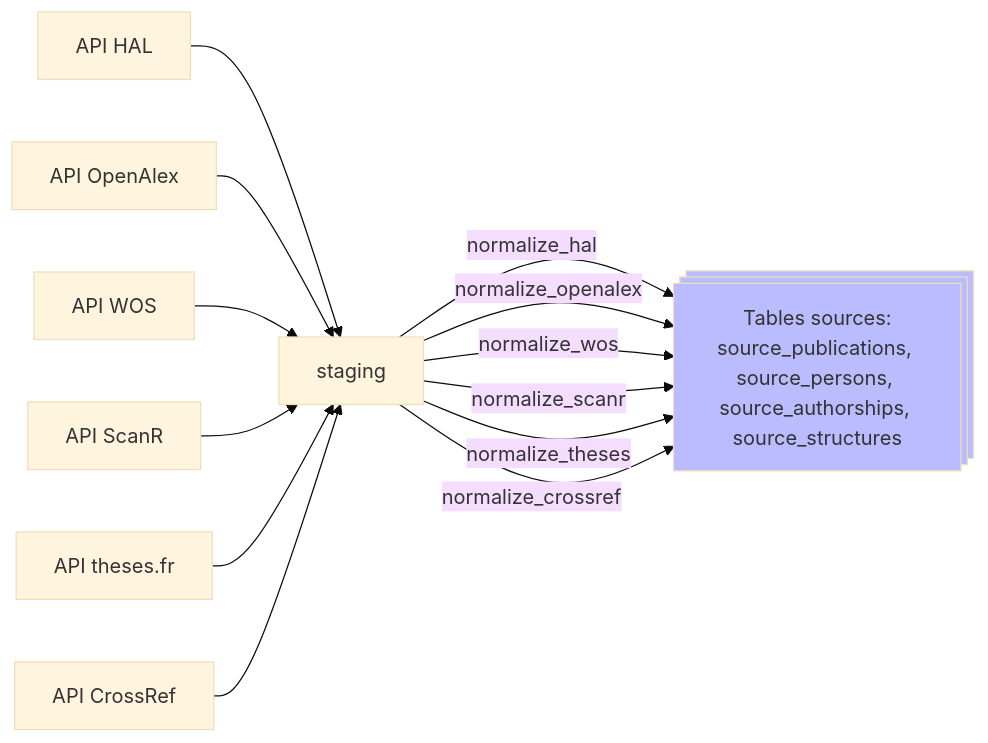
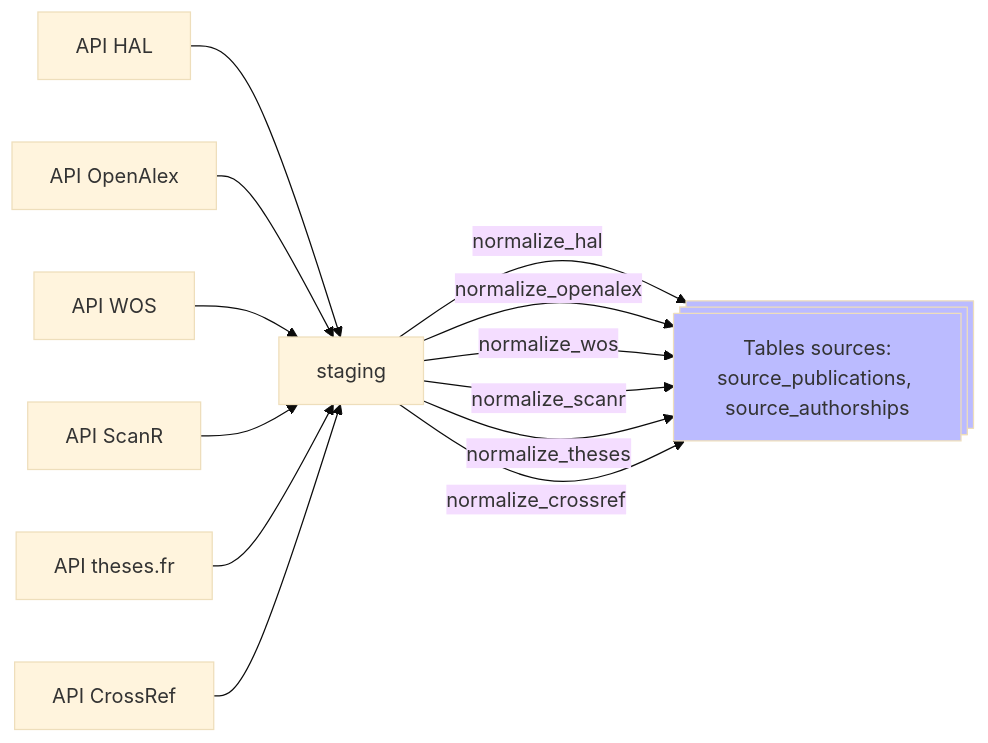
One commit to Y33sha/bibliometrie-uca changed the second of 11 diagrams in docs/pipeline.md. Above: the diagram before and after it, drawn with Mermaid (base theme). The commit also changed other lines of this file and 6 other files, not shown here.

````diff
--- a/docs/pipeline.md
+++ b/docs/pipeline.md
@@ -99,12 +73,12 @@
 ```mermaid
 flowchart LR
     A[API HAL]-->B[staging]-->|normalize_hal|G@{ shape: processes, label: "Tables sources:
-    source_publications, source_persons, source_authorships, source_structures" }
+    source_publications, source_authorships" }
     C[API OpenAlex]-->B-->|normalize_openalex|G
     E[API WOS]-->B-->|normalize_wos|G
     K[API ScanR]-->B-->|normalize_scanr|G
     L[API theses.fr]-->B-->|normalize_theses|G
     M[API CrossRef]-->B-->|normalize_crossref|G
     classDef new  fill:#bbf
     class G new;
 ```
````
